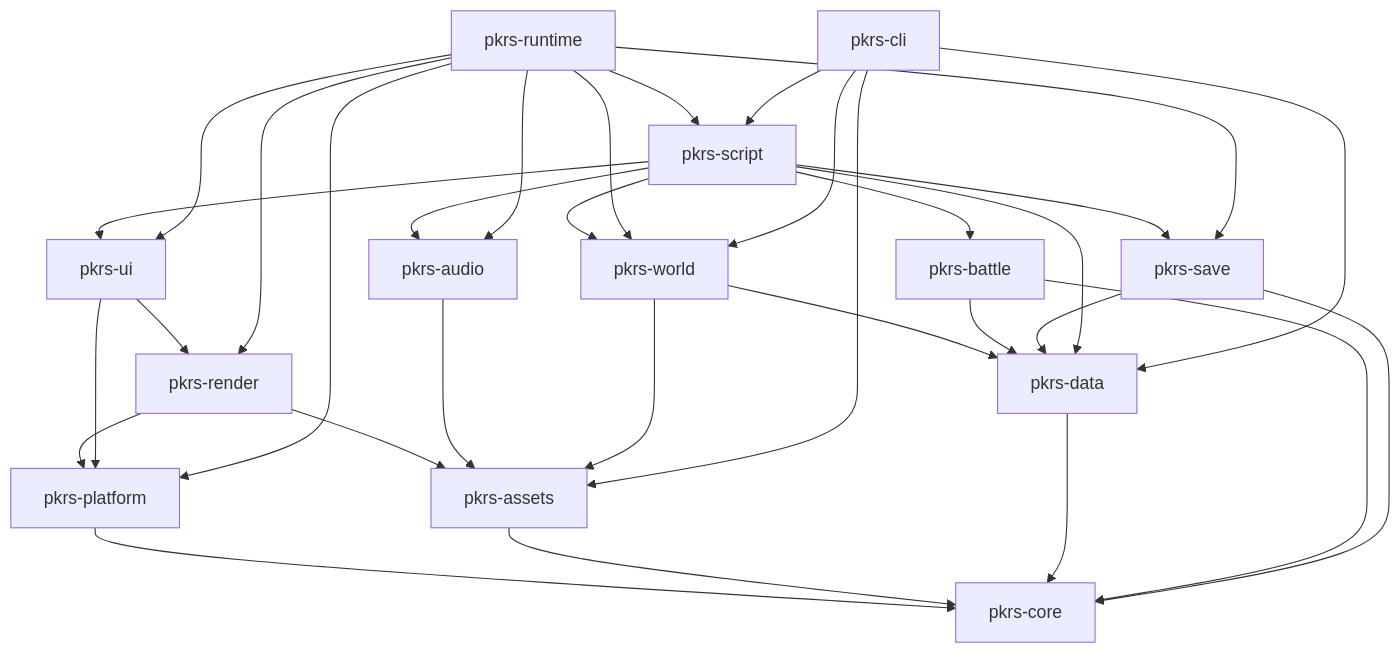
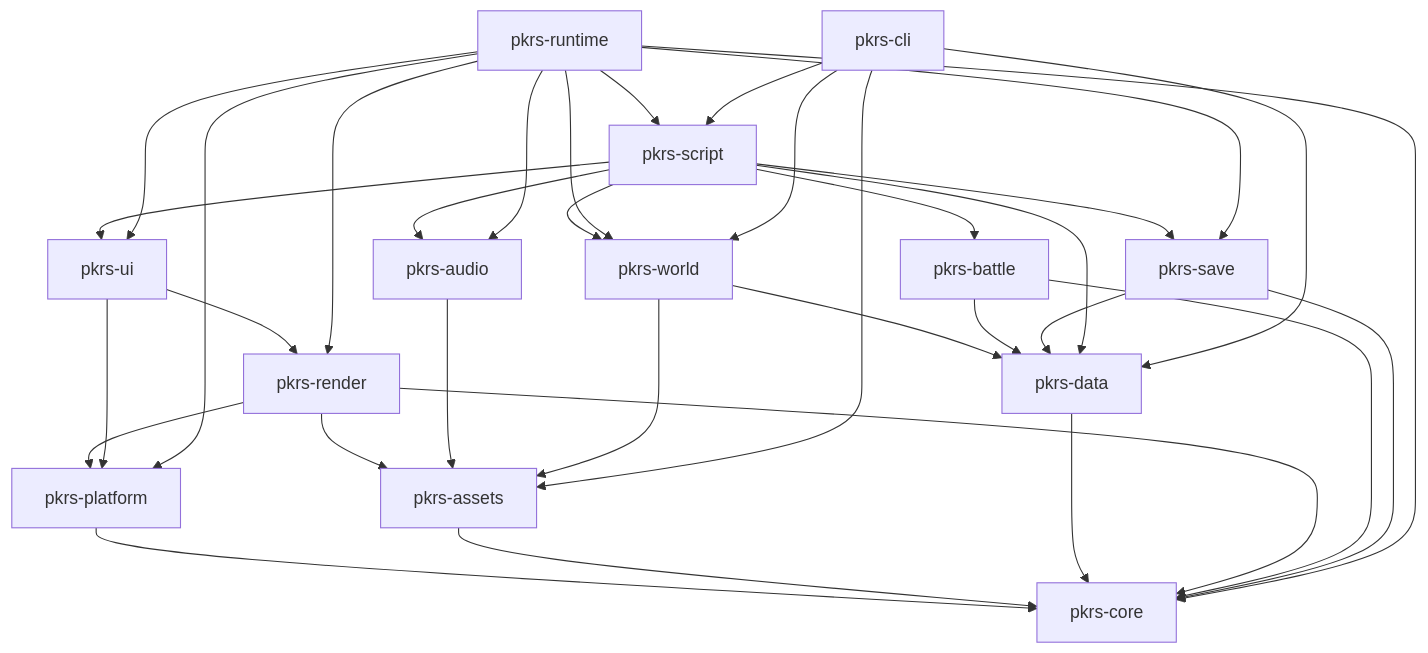
One commit to umbertocicciaa/pkrs changed the third of 5 diagrams in docs/design.md. Above: the diagram before and after it, drawn with Mermaid. The commit also changed other lines of this file and 22 other files, not shown here.

````diff
--- a/docs/design.md
+++ b/docs/design.md
@@ -359,16 +359,16 @@
 ```mermaid
 flowchart TD
   core[pkrs-core]
   platform[pkrs-platform] --> core
   assets[pkrs-assets] --> core
   data[pkrs-data] --> core
-  render[pkrs-render] --> platform & assets
+  render[pkrs-render] --> core & platform & assets
   audio[pkrs-audio] --> assets
   world[pkrs-world] --> data & assets
   battle[pkrs-battle] --> core & data
   save[pkrs-save] --> core & data
   ui[pkrs-ui] --> render & platform
   script[pkrs-script] --> world & battle & data & save & ui & audio
-  runtime[pkrs-runtime] --> script & render & audio & ui & save & world & platform
+  runtime[pkrs-runtime] --> core & script & render & audio & ui & save & world & platform
   cli[pkrs-cli] --> data & assets & world & script
 ```
````
